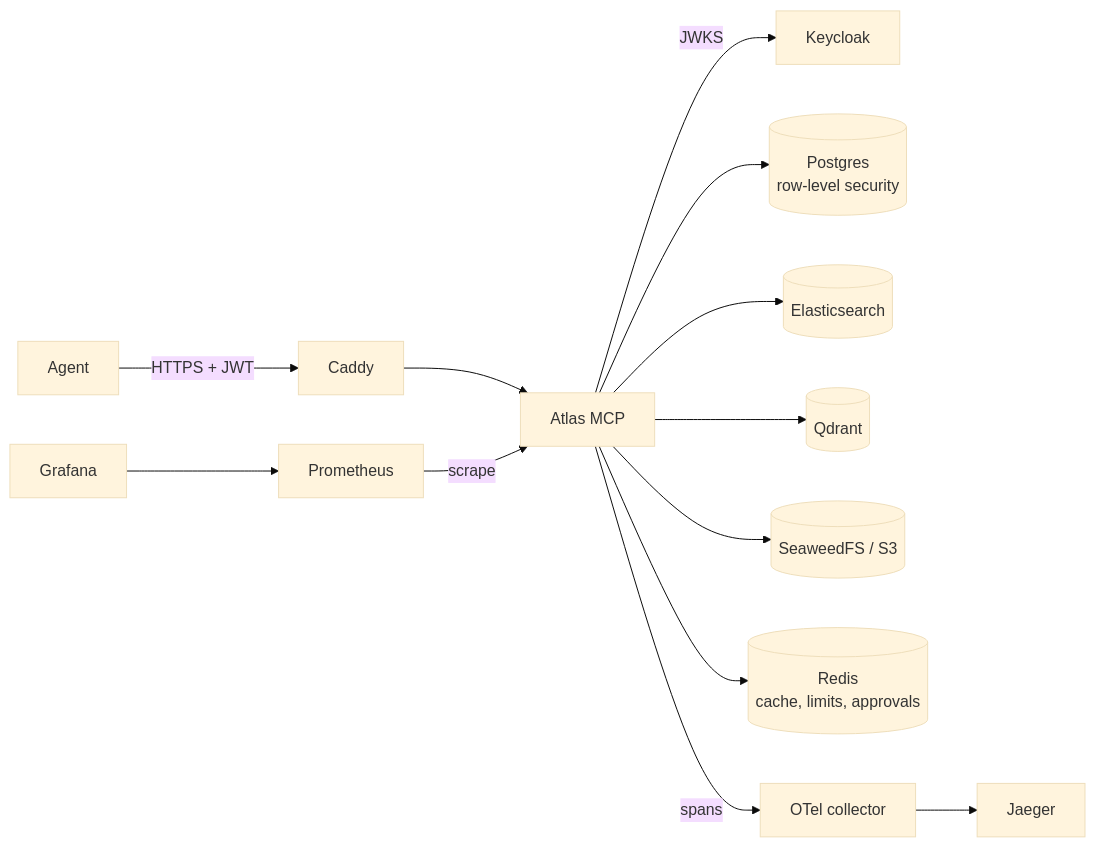
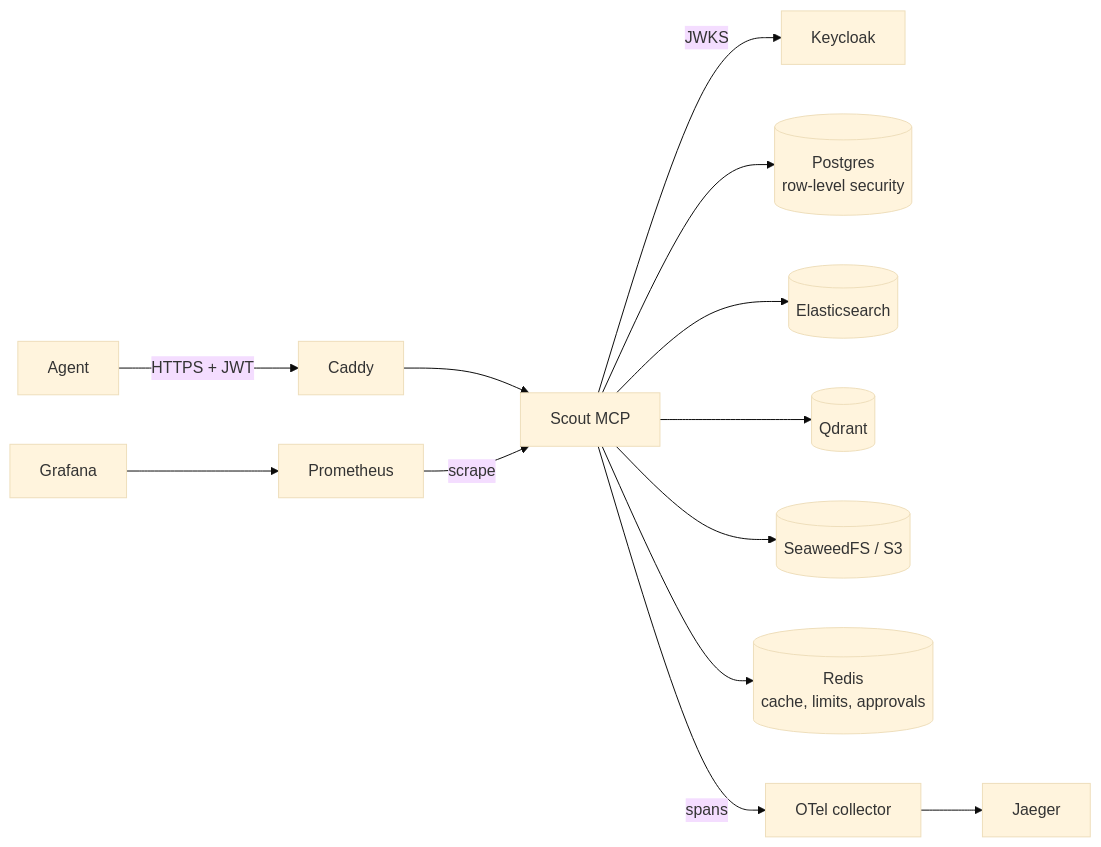
The diagram in README.md (YashhMahajan/Production-Grade-Agentic-MCP-System), drawn with Mermaid (base theme) before and after one commit. The commit also changed other lines of this file and 142 other files, not shown here.

Commit message:
Rename Atlas MCP to Scout MCP across code, config, deploy, tests and docs [skip ci]

````diff
--- a/README.md
+++ b/README.md
@@ -63,14 +63,14 @@
 ```mermaid
 flowchart LR
   A[Agent] -->|HTTPS + JWT| C[Caddy]
-  C --> S[Atlas MCP]
+  C --> S[Scout MCP]
   S -->|JWKS| K[Keycloak]
   S --> P[(Postgres<br/>row-level security)]
   S --> E[(Elasticsearch)]
   S --> Q[(Qdrant)]
   S --> M[(SeaweedFS / S3)]
   S --> R[(Redis<br/>cache, limits, approvals)]
   S -->|spans| O[OTel collector] --> J[Jaeger]
   PR[Prometheus] -->|scrape| S
   G[Grafana] --> PR
 ```
````
